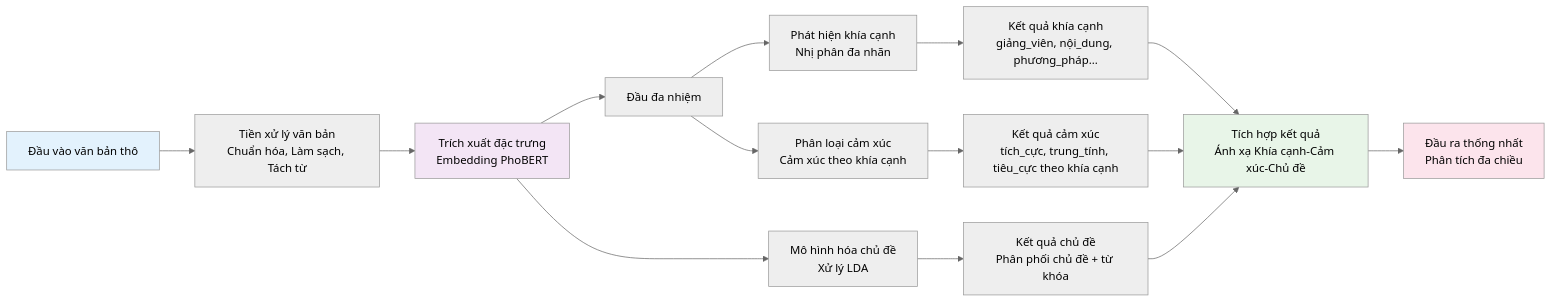
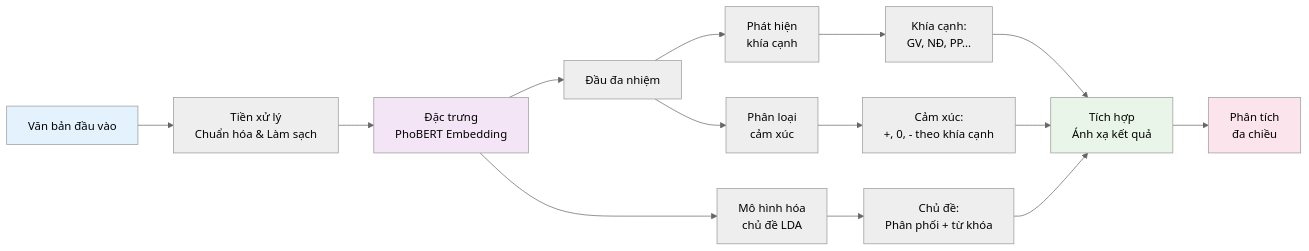
Before and after one commit to UIT-June-2025-Nhom-8/Project_AI_Thinking: the third of 10 diagrams in docs/Phan_Tich_Tong_Quat/PhanTichBaiToan_AIThinking_ChuanHoa.MD, drawn with Mermaid (neutral theme). The commit also changed other lines of this file and 1 other file, not shown here.

Commit message:
update chart

````diff
--- a/docs/Phan_Tich_Tong_Quat/PhanTichBaiToan_AIThinking_ChuanHoa.MD
+++ b/docs/Phan_Tich_Tong_Quat/PhanTichBaiToan_AIThinking_ChuanHoa.MD
@@ -141,28 +146,28 @@
 ```mermaid
 flowchart LR
-    A[Đầu vào văn bản thô] --> B[Tiền xử lý văn bản<br/>Chuẩn hóa, Làm sạch, Tách từ]
+    A[Văn bản đầu vào] --> B[Tiền xử lý<br/>Chuẩn hóa & Làm sạch]
     
-    B --> C[Trích xuất đặc trưng<br/>Embedding PhoBERT]
+    B --> C[Đặc trưng<br/>PhoBERT Embedding]
     
     C --> D[Đầu đa nhiệm]
     
-    D --> E[Phát hiện khía cạnh<br/>Nhị phân đa nhãn]
-    D --> F[Phân loại cảm xúc<br/>Cảm xúc theo khía cạnh]
+    D --> E[Phát hiện<br/>khía cạnh]
+    D --> F[Phân loại<br/>cảm xúc]
     
-    C --> G[Mô hình hóa chủ đề<br/>Xử lý LDA]
+    C --> G[Mô hình hóa<br/>chủ đề LDA]
     
-    E --> H[Kết quả khía cạnh<br/>giảng_viên, nội_dung, phương_pháp...]
-    F --> I[Kết quả cảm xúc<br/>tích_cực, trung_tính, tiêu_cực theo khía cạnh]
-    G --> J[Kết quả chủ đề<br/>Phân phối chủ đề + từ khóa]
+    E --> H[Khía cạnh:<br/>GV, NĐ, PP...]
+    F --> I[Cảm xúc:<br/>+, 0, - theo khía cạnh]
+    G --> J[Chủ đề:<br/>Phân phối + từ khóa]
     
-    H --> K[Tích hợp kết quả<br/>Ánh xạ Khía cạnh-Cảm xúc-Chủ đề]
+    H --> K[Tích hợp<br/>Ánh xạ kết quả]
     I --> K
     J --> K
     
-    K --> L[Đầu ra thống nhất<br/>Phân tích đa chiều]
+    K --> L[Phân tích<br/>đa chiều]
     
     style A fill:#e3f2fd
     style C fill:#f3e5f5
     style K fill:#e8f5e8
     style L fill:#fce4ec
 ```
````
